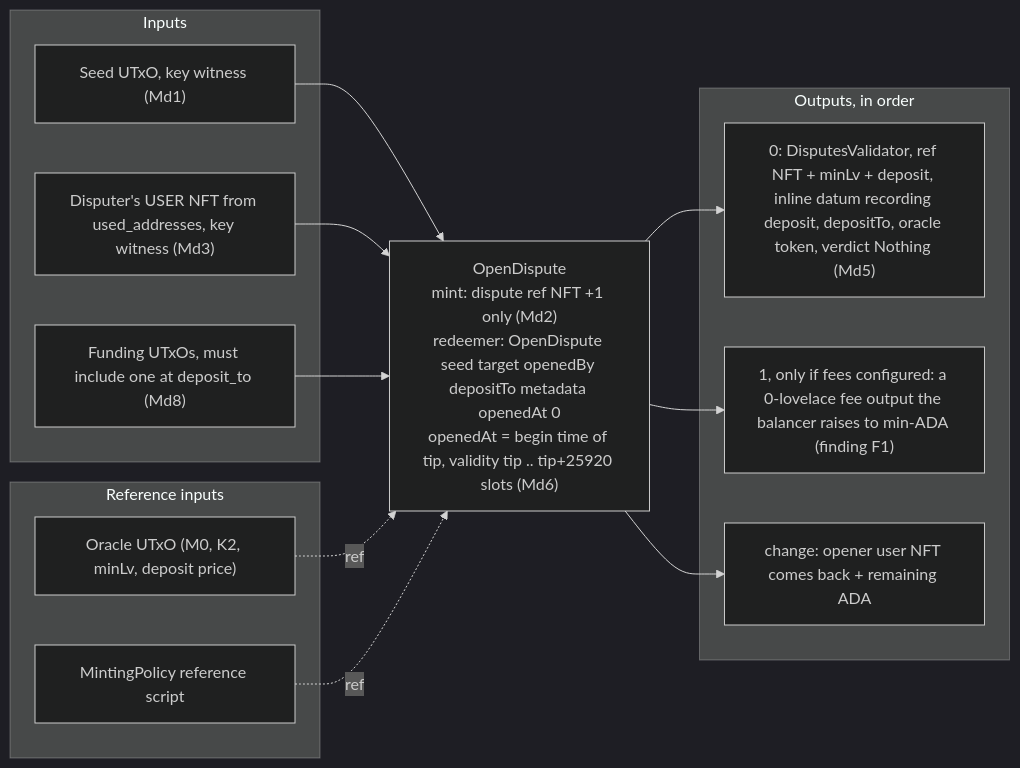
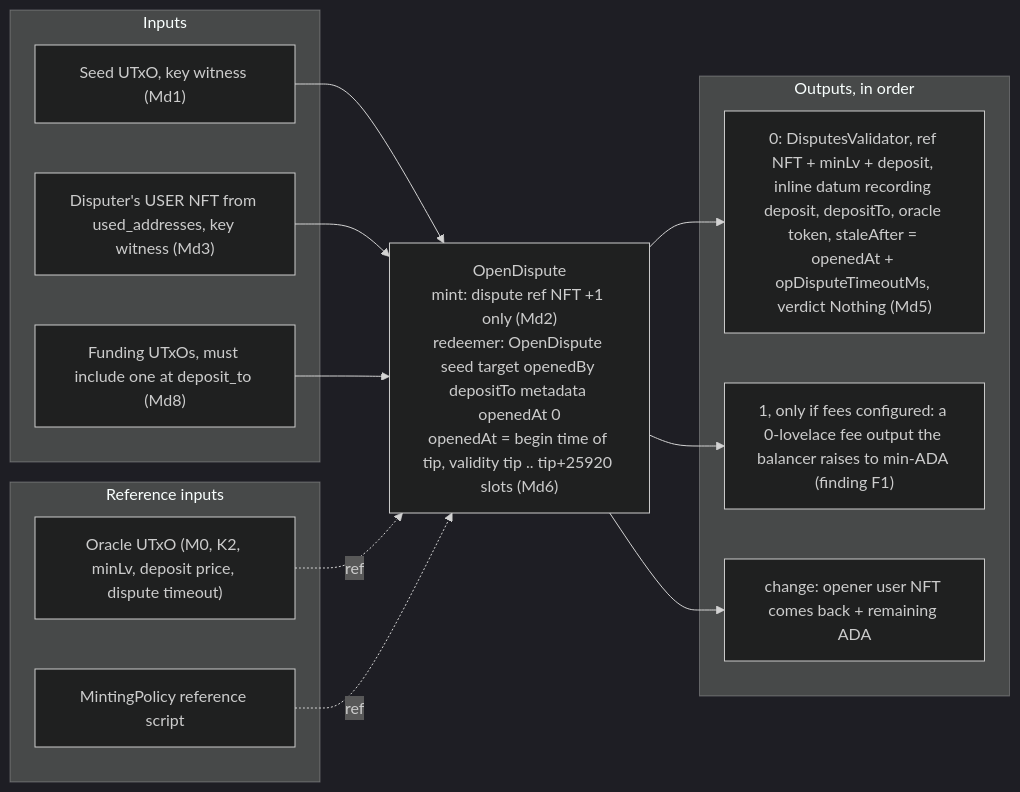
Before and after one commit to en7angled/palmares: the fifth of 13 diagrams in docs/architecture/onchain-flows.md, drawn with Mermaid (dark theme). The commit also changed other lines of this file and 18 other files, not shown here.

````diff
--- a/docs/architecture/onchain-flows.md
+++ b/docs/architecture/onchain-flows.md
@@ -344,26 +375,26 @@
 ```mermaid
 flowchart LR
   subgraph IN["Inputs"]
     seed["Seed UTxO, key witness (Md1)"]
     openerTok["Disputer's USER NFT from used_addresses, key witness (Md3)"]
     fund["Funding UTxOs, must include one at deposit_to (Md8)"]
   end
   subgraph REF["Reference inputs"]
-    oracle["Oracle UTxO (M0, K2, minLv, deposit price)"]
+    oracle["Oracle UTxO (M0, K2, minLv, deposit price, dispute timeout)"]
     mpref["MintingPolicy reference script"]
   end
   tx["OpenDispute<br/>mint: dispute ref NFT +1 only (Md2)<br/>redeemer: OpenDispute seed target openedBy depositTo metadata openedAt 0<br/>openedAt = begin time of tip, validity tip .. tip+25920 slots (Md6)"]
   subgraph OUT["Outputs, in order"]
-    o0["0: DisputesValidator, ref NFT + minLv + deposit, inline datum recording deposit, depositTo, oracle token, verdict Nothing (Md5)"]
+    o0["0: DisputesValidator, ref NFT + minLv + deposit, inline datum recording deposit, depositTo, oracle token, staleAfter = openedAt + opDisputeTimeoutMs, verdict Nothing (Md5)"]
     o1["1, only if fees configured: a 0-lovelace fee output the balancer raises to min-ADA (finding F1)"]
     chg["change: opener user NFT comes back + remaining ADA"]
   end
   seed --> tx
   openerTok --> tx
   fund --> tx
   oracle -. ref .-> tx
   mpref -. ref .-> tx
   tx --> o0
   tx --> o1
   tx --> chg
 ```
````
